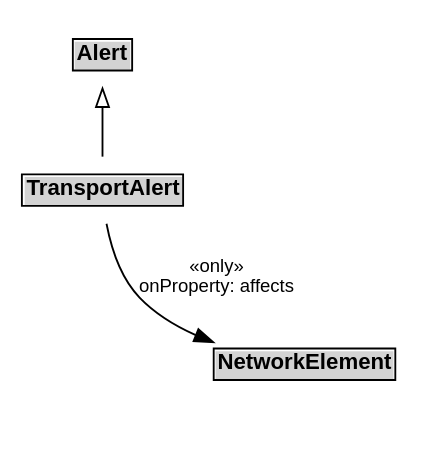
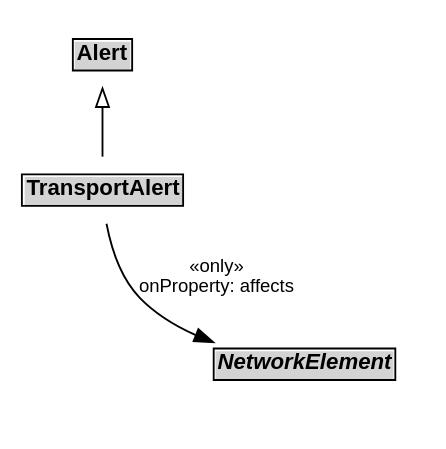
One commit to k-vaughn/5087 changed the diagram in docs/diagrams/TransportAlert.dot. Above: the diagram before and after it, drawn with Graphviz. The commit also changed 312 other files, not shown here.

```diff
--- a/docs/diagrams/TransportAlert.dot
+++ b/docs/diagrams/TransportAlert.dot
@@ -1,20 +1,20 @@
 // Diagram for TransportAlert
 digraph {
 	graph [overlap=false rankdir=TB splines=true]
 	node [fontname=Arial fontsize=12 margin=0 shape=none]
 	edge [fontname=Arial fontsize=10]
 	Alert [label=<<TABLE BORDER="1" CELLBORDER="0" CELLSPACING="0" CELLPADDING="1"><TR><TD BGCOLOR="lightgray" ALIGN="CENTER"><B>Alert</B></TD></TR></TABLE>> margin=0]
 	{
 		rank=max
 		TransportAlert [label=<<TABLE BORDER="1" CELLBORDER="0" CELLSPACING="0" CELLPADDING="1"><TR><TD BGCOLOR="lightgray" ALIGN="CENTER" PORT="e"><B>TransportAlert</B></TD></TR></TABLE>> margin=0]
 	}
 	subgraph cluster_associated {
 		label="" style=invis
 		Invis [label=<<TABLE BORDER="0" CELLBORDER="0" CELLSPACING="0" CELLPADDING="1"><TR><TD></TD></TR></TABLE>> margin=0 style=invis]
-		NetworkElement [label=<<TABLE BORDER="1" CELLBORDER="0" CELLSPACING="0" CELLPADDING="1"><TR><TD BGCOLOR="lightgray" ALIGN="CENTER"><B>NetworkElement</B></TD></TR></TABLE>> margin=0]
+		NetworkElement [label=<<TABLE BORDER="1" CELLBORDER="0" CELLSPACING="0" CELLPADDING="1"><TR><TD BGCOLOR="lightgray" ALIGN="CENTER"><B><I>NetworkElement</I></B></TD></TR></TABLE>> margin=0]
 	}
 	TransportAlert -> Alert [arrowhead=onormal style=solid]
 	TransportAlert -> Invis [style=invis]
 	Invis -> NetworkElement [style=invis]
 	TransportAlert -> NetworkElement [label="«only»\nonProperty: affects" arrowhead=normal style=solid]
 }
```
